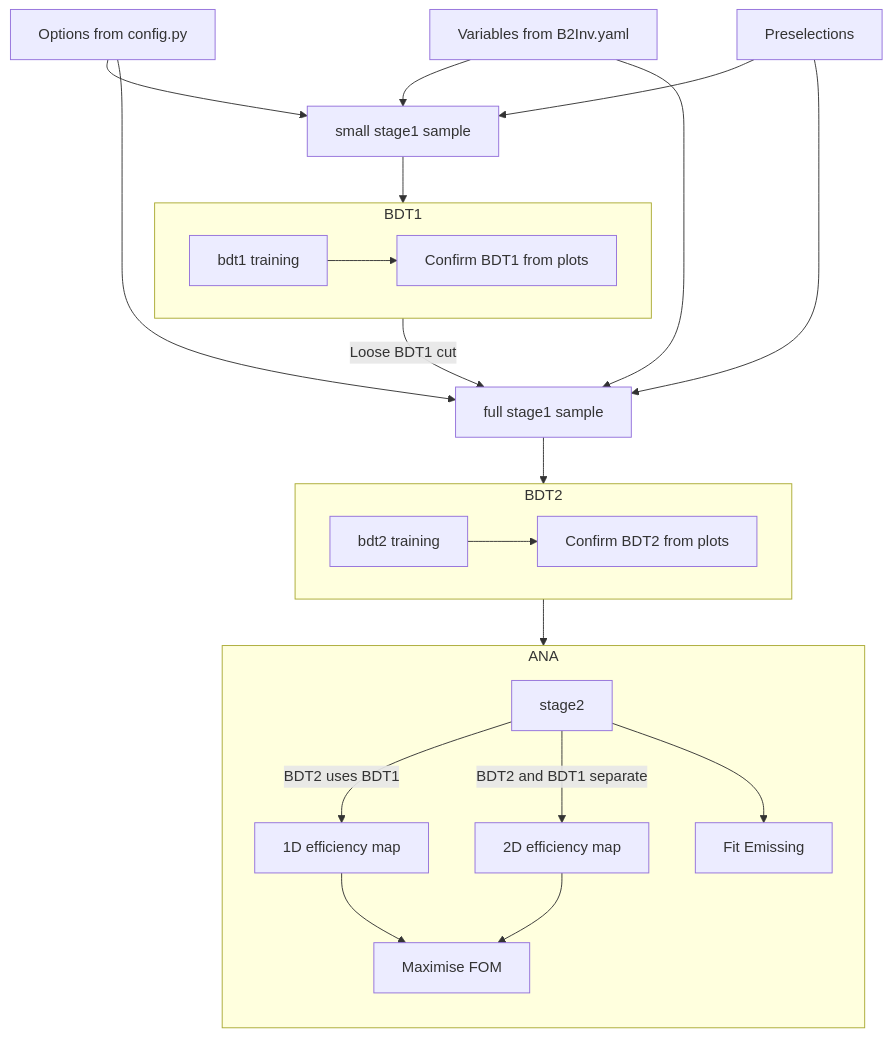
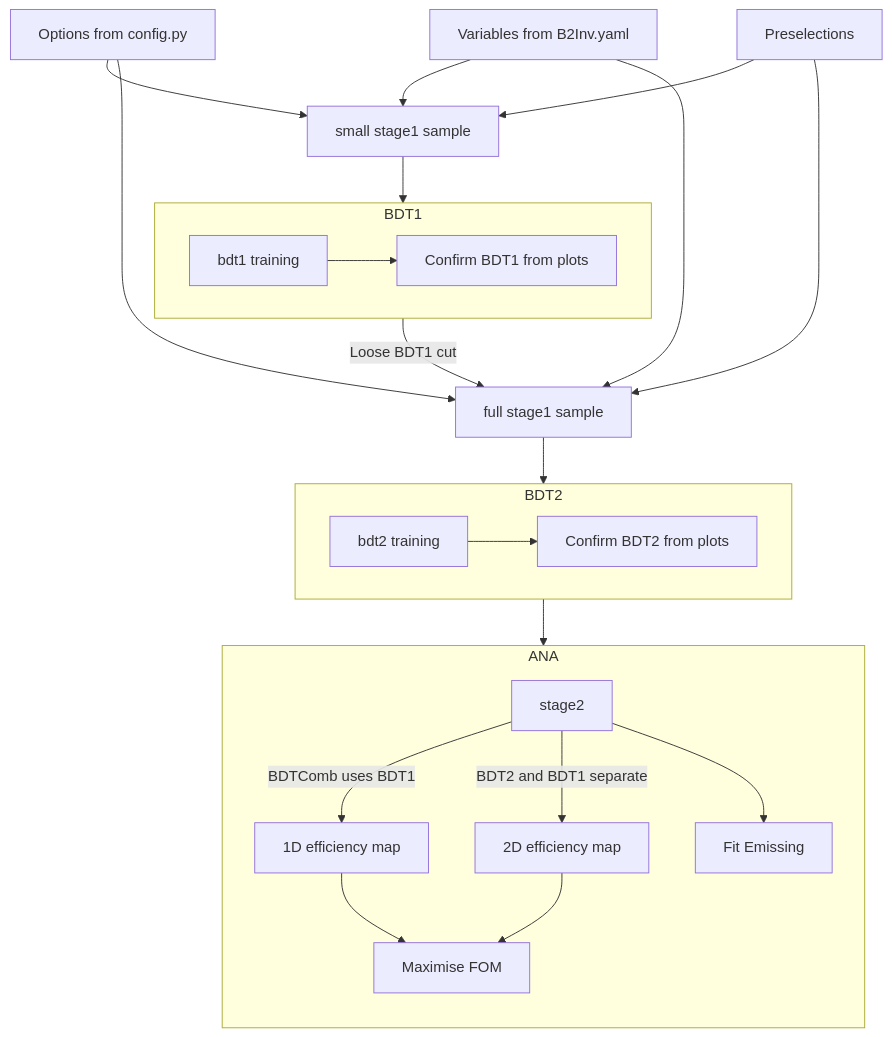
Before and after one commit to matthewkenzie/FCCAnalyses: the diagram in examples/FCCee/flavour/B2Inv/README.md, drawn with Mermaid. The commit also changed other lines of this file, not shown here.

````diff
--- a/examples/FCCee/flavour/B2Inv/README.md
+++ b/examples/FCCee/flavour/B2Inv/README.md
@@ -2,29 +2,29 @@
 ```mermaid
 graph
     A[Options from config.py]-->B[small stage1 sample]
     C[Variables from B2Inv.yaml]-->B
     Z[Preselections]-->B
     subgraph BDT1
         direction LR
         D[bdt1 training]-->F[Confirm BDT1 from plots]
     end
     B-->BDT1
     BDT1-->|Loose BDT1 cut|E[full stage1 sample]
     A-->E
     C-->E
     Z-->E
     subgraph BDT2
         direction LR
         G[bdt2 training]-->X[Confirm BDT2 from plots]
     end
     E-->BDT2
     subgraph ANA
         direction TB
-        H[stage2]-->|BDT2 uses BDT1|I[1D efficiency map]
+        H[stage2]-->|BDTComb uses BDT1|I[1D efficiency map]
         H-->|BDT2 and BDT1 separate|J[2D efficiency map]
         I-->K[Maximise FOM]
         J-->K
         H-->L[Fit Emissing]
     end
     BDT2-->ANA
 ```
````
